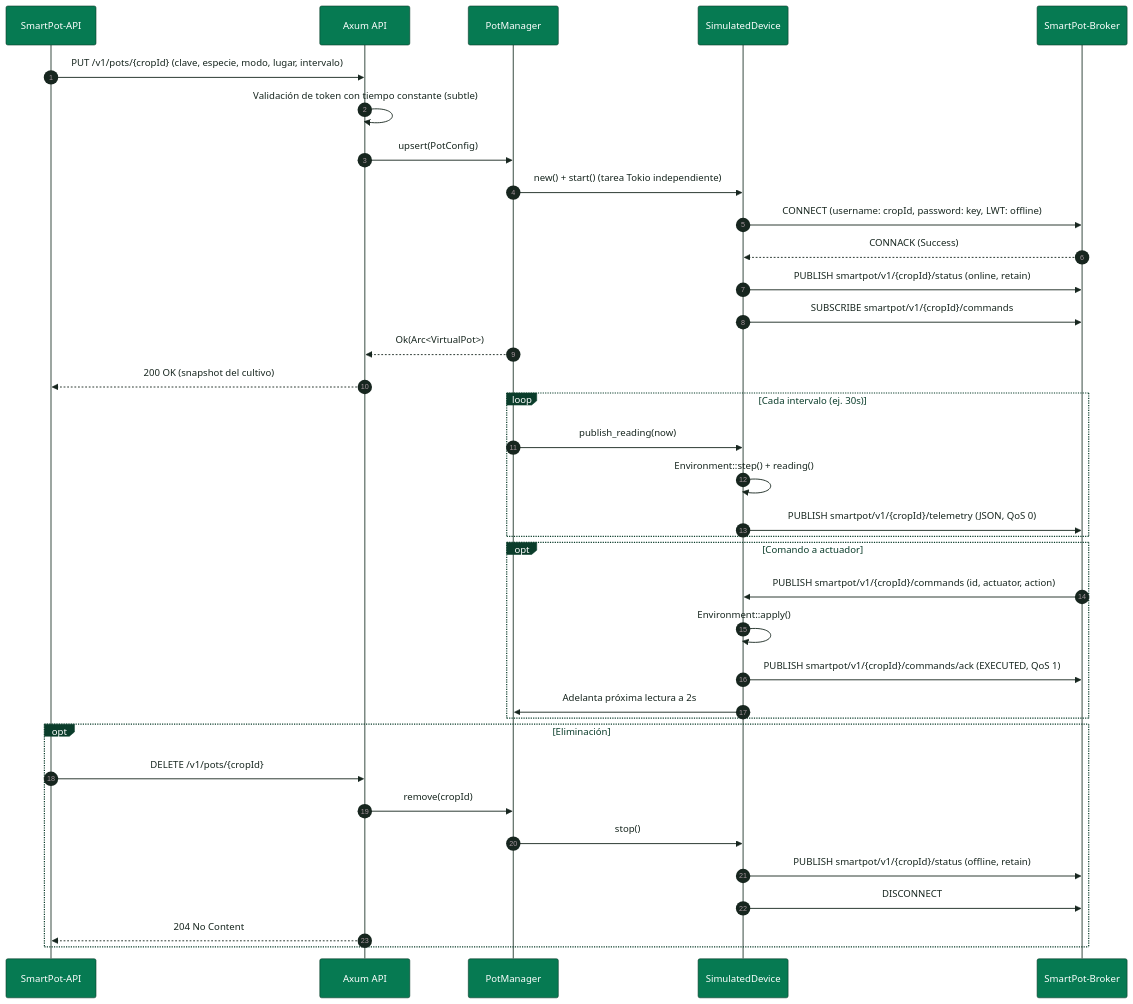
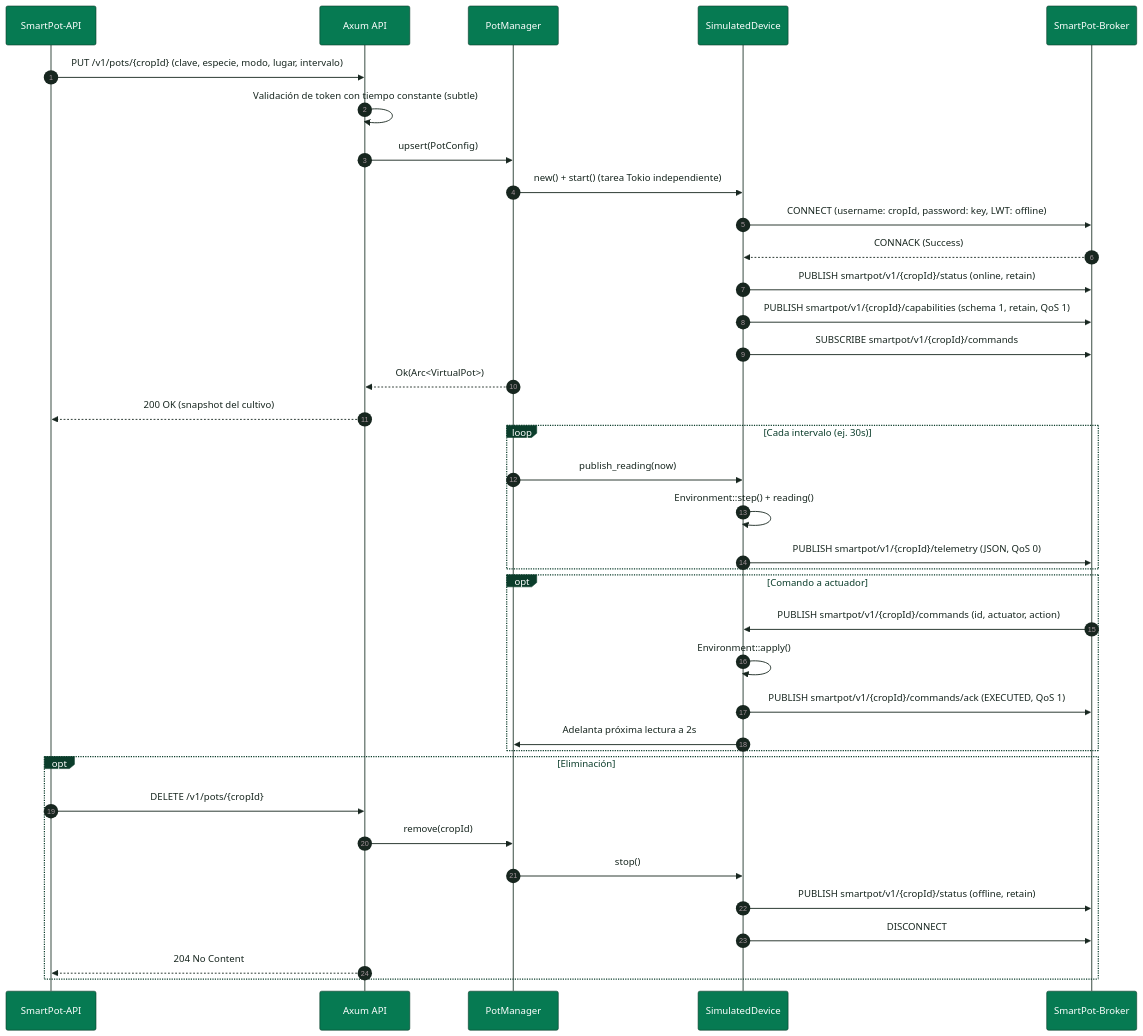
Before and after one commit to SmartPotTech/SmartPot-DataGenerator: the diagram in docs/diagrams/SmartPot_DataGenerator_Rust_01_Virtual_Crop_Lifecycle.mmd, drawn with Mermaid. The commit also changed 4 other files, not shown here.

```diff
--- a/docs/diagrams/SmartPot_DataGenerator_Rust_01_Virtual_Crop_Lifecycle.mmd
+++ b/docs/diagrams/SmartPot_DataGenerator_Rust_01_Virtual_Crop_Lifecycle.mmd
@@ -1,37 +1,38 @@
 %%{init: {"theme": "base", "fontFamily": "Segoe UI, Arial, sans-serif", "themeVariables": {"fontFamily": "Segoe UI, Arial, sans-serif", "fontSize": "15px", "primaryColor": "#DDF5EA", "primaryTextColor": "#17261F", "primaryBorderColor": "#067A52", "secondaryColor": "#E3F2FB", "secondaryTextColor": "#17261F", "secondaryBorderColor": "#1F6FA0", "tertiaryColor": "#F2F7F4", "tertiaryTextColor": "#17261F", "tertiaryBorderColor": "#D5E3DC", "lineColor": "#5B6B63", "textColor": "#17261F", "mainBkg": "#DDF5EA", "nodeBorder": "#067A52", "clusterBkg": "#F7FAF8", "clusterBorder": "#D5E3DC", "edgeLabelBackground": "#FFFFFF", "actorBkg": "#067A52", "actorBorder": "#0B3D2B", "actorTextColor": "#FFFFFF", "actorLineColor": "#5B6B63", "signalColor": "#17261F", "signalTextColor": "#17261F", "labelBoxBkgColor": "#0B3D2B", "labelBoxBorderColor": "#0B3D2B", "labelTextColor": "#FFFFFF", "loopTextColor": "#0B3D2B", "noteBkgColor": "#FDF4DD", "noteBorderColor": "#C98D12", "noteTextColor": "#17261F", "activationBkgColor": "#DDF5EA", "activationBorderColor": "#067A52", "attributeBackgroundColorOdd": "#FFFFFF", "attributeBackgroundColorEven": "#F2F7F4"}}}%%
 sequenceDiagram
   autonumber
   participant A as SmartPot-API
   participant C as Axum API
   participant M as PotManager
   participant D as SimulatedDevice
   participant B as SmartPot-Broker
   A->>C: PUT /v1/pots/{cropId} (clave, especie, modo, lugar, intervalo)
   C->>C: Validación de token con tiempo constante (subtle)
   C->>M: upsert(PotConfig)
   M->>D: new() + start() (tarea Tokio independiente)
   D->>B: CONNECT (username: cropId, password: key, LWT: offline)
   B-->>D: CONNACK (Success)
   D->>B: PUBLISH smartpot/v1/{cropId}/status (online, retain)
+  D->>B: PUBLISH smartpot/v1/{cropId}/capabilities (schema 1, retain, QoS 1)
   D->>B: SUBSCRIBE smartpot/v1/{cropId}/commands
   M-->>C: Ok(Arc<VirtualPot>)
   C-->>A: 200 OK (snapshot del cultivo)
   loop Cada intervalo (ej. 30s)
     M->>D: publish_reading(now)
     D->>D: Environment::step() + reading()
     D->>B: PUBLISH smartpot/v1/{cropId}/telemetry (JSON, QoS 0)
   end
   opt Comando a actuador
     B->>D: PUBLISH smartpot/v1/{cropId}/commands (id, actuator, action)
     D->>D: Environment::apply()
     D->>B: PUBLISH smartpot/v1/{cropId}/commands/ack (EXECUTED, QoS 1)
     D->>M: Adelanta próxima lectura a 2s
   end
   opt Eliminación
     A->>C: DELETE /v1/pots/{cropId}
     C->>M: remove(cropId)
     M->>D: stop()
     D->>B: PUBLISH smartpot/v1/{cropId}/status (offline, retain)
     D->>B: DISCONNECT
     C-->>A: 204 No Content
   end
```
